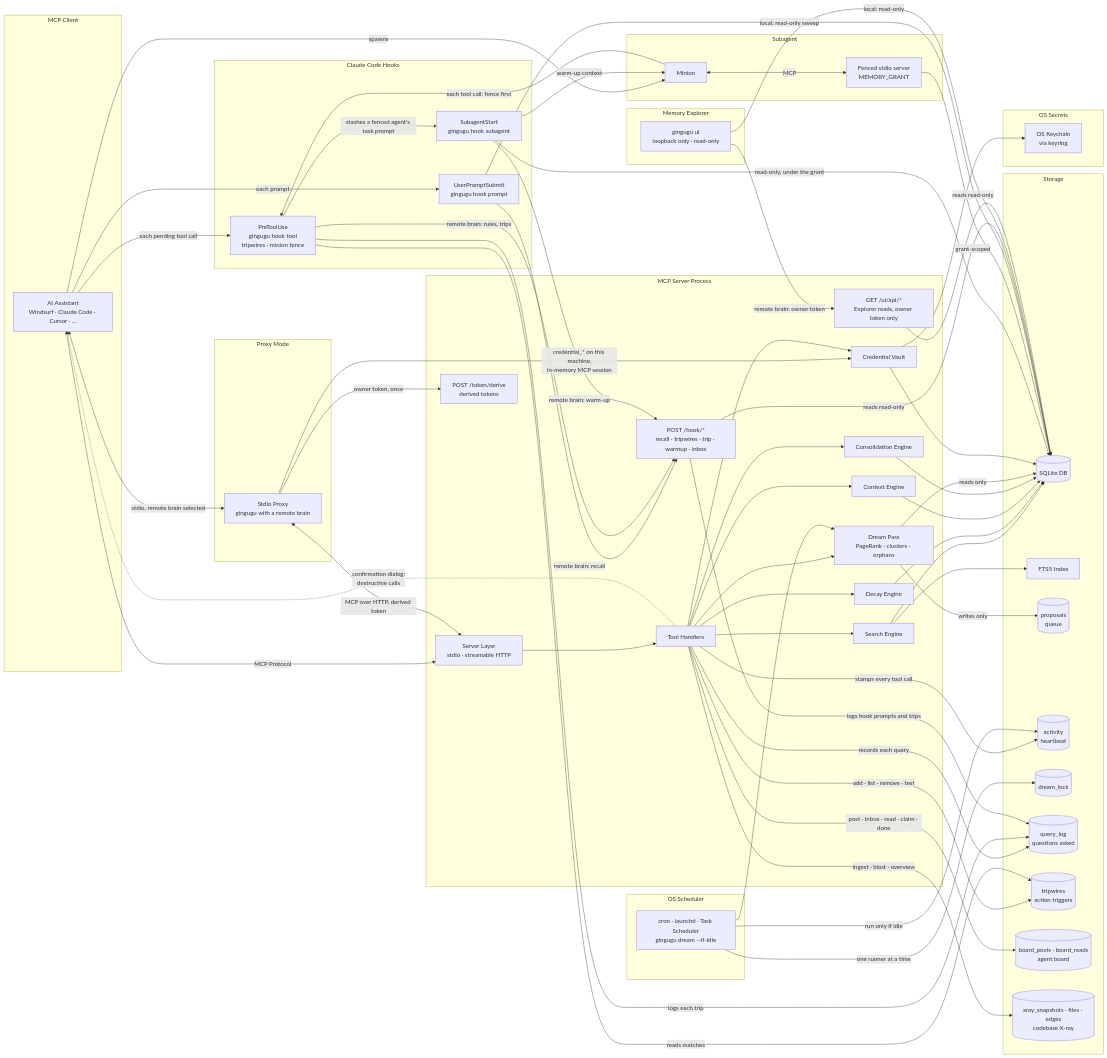
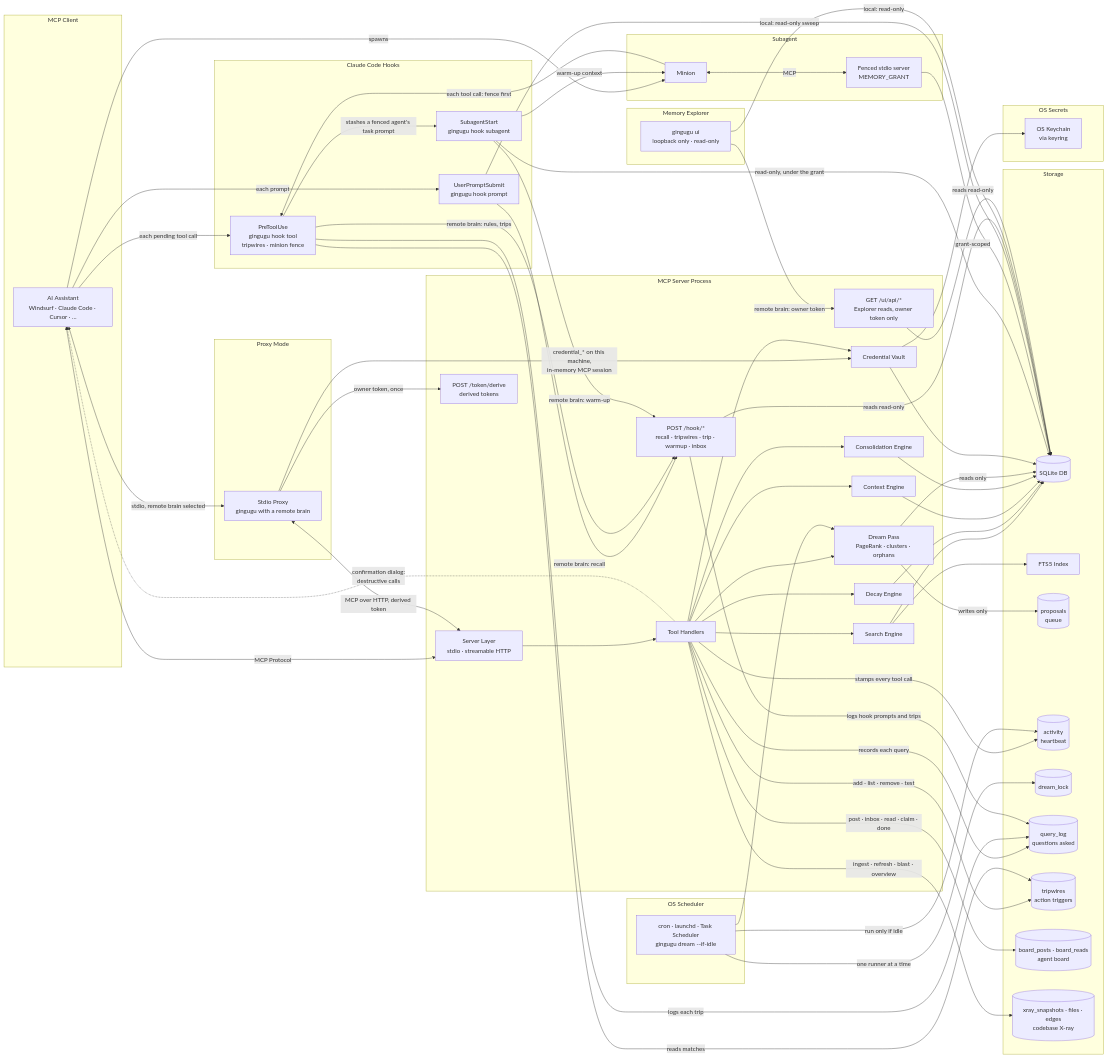
Before and after one commit to gingugu/gingugu: the first of 2 diagrams in docs/architecture.md, drawn with Mermaid. The commit also changed other lines of this file and 8 other files, not shown here.

```diff
--- a/docs/architecture.md
+++ b/docs/architecture.md
@@ -122,7 +122,7 @@
     C -->|records each query| T
     C -->|add · list · remove · test| W
     C -->|post · inbox · read · claim · done| BP
-    C -->|ingest · blast · overview| XR
+    C -->|ingest · refresh · blast · overview| XR
     A -->|each pending tool call| Y
     Y -->|reads matches| W
     Y -->|logs each trip| T
```
